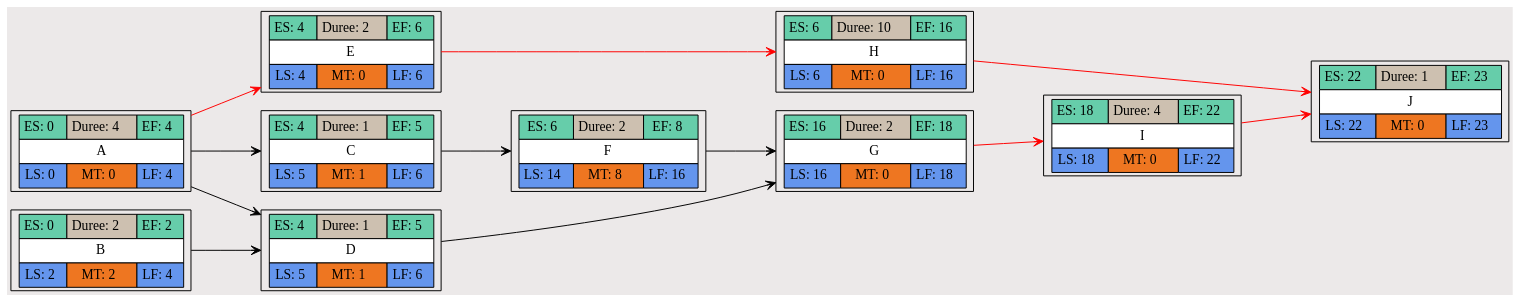
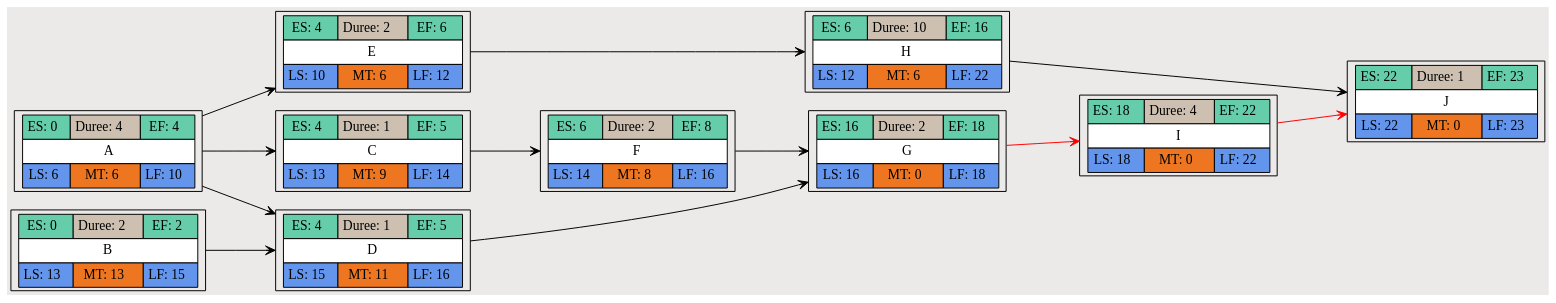
Before and after one commit to Akouzeha/PertFinder: the diagram in public/charts/exo_2.dot, drawn with Graphviz. The commit also changed 21 other files, not shown here.

```diff
--- a/public/charts/exo_2.dot
+++ b/public/charts/exo_2.dot
@@ -1,78 +1,78 @@
 digraph PERT {
   rankdir=LR;
   ranksep=1;
   node [shape=record];
   edge [arrowhead=vee];
   bgcolor="#ECE9E9";
   76 [label=<<TABLE BORDER='0' CELLBORDER='1' CELLSPACING='0' CELLPADDING='4'>
         <TR><TD BGCOLOR= 'aquamarine3'>ES: 0</TD><TD BGCOLOR= 'antiquewhite3'>Duree: 4</TD><TD BGCOLOR= 'aquamarine3'>EF: 4</TD></TR>
         <TR><TD BGCOLOR= 'white' COLSPAN='3'>A</TD></TR>
-        <TR><TD BGCOLOR= 'cornflowerblue'>LS: 0</TD><TD BGCOLOR= 'chocolate2'>MT: 0</TD><TD BGCOLOR= 'cornflowerblue'>LF: 4</TD></TR>
+        <TR><TD BGCOLOR= 'cornflowerblue'>LS: 6</TD><TD BGCOLOR= 'chocolate2'>MT: 6</TD><TD BGCOLOR= 'cornflowerblue'>LF: 10</TD></TR>
         
         </TABLE>>]
   77 [label=<<TABLE BORDER='0' CELLBORDER='1' CELLSPACING='0' CELLPADDING='4'>
         <TR><TD BGCOLOR= 'aquamarine3'>ES: 0</TD><TD BGCOLOR= 'antiquewhite3'>Duree: 2</TD><TD BGCOLOR= 'aquamarine3'>EF: 2</TD></TR>
         <TR><TD BGCOLOR= 'white' COLSPAN='3'>B</TD></TR>
-        <TR><TD BGCOLOR= 'cornflowerblue'>LS: 2</TD><TD BGCOLOR= 'chocolate2'>MT: 2</TD><TD BGCOLOR= 'cornflowerblue'>LF: 4</TD></TR>
+        <TR><TD BGCOLOR= 'cornflowerblue'>LS: 13</TD><TD BGCOLOR= 'chocolate2'>MT: 13</TD><TD BGCOLOR= 'cornflowerblue'>LF: 15</TD></TR>
         
         </TABLE>>]
   78 [label=<<TABLE BORDER='0' CELLBORDER='1' CELLSPACING='0' CELLPADDING='4'>
         <TR><TD BGCOLOR= 'aquamarine3'>ES: 4</TD><TD BGCOLOR= 'antiquewhite3'>Duree: 1</TD><TD BGCOLOR= 'aquamarine3'>EF: 5</TD></TR>
         <TR><TD BGCOLOR= 'white' COLSPAN='3'>C</TD></TR>
-        <TR><TD BGCOLOR= 'cornflowerblue'>LS: 5</TD><TD BGCOLOR= 'chocolate2'>MT: 1</TD><TD BGCOLOR= 'cornflowerblue'>LF: 6</TD></TR>
+        <TR><TD BGCOLOR= 'cornflowerblue'>LS: 13</TD><TD BGCOLOR= 'chocolate2'>MT: 9</TD><TD BGCOLOR= 'cornflowerblue'>LF: 14</TD></TR>
         
         </TABLE>>]
   79 [label=<<TABLE BORDER='0' CELLBORDER='1' CELLSPACING='0' CELLPADDING='4'>
         <TR><TD BGCOLOR= 'aquamarine3'>ES: 4</TD><TD BGCOLOR= 'antiquewhite3'>Duree: 1</TD><TD BGCOLOR= 'aquamarine3'>EF: 5</TD></TR>
         <TR><TD BGCOLOR= 'white' COLSPAN='3'>D</TD></TR>
-        <TR><TD BGCOLOR= 'cornflowerblue'>LS: 5</TD><TD BGCOLOR= 'chocolate2'>MT: 1</TD><TD BGCOLOR= 'cornflowerblue'>LF: 6</TD></TR>
+        <TR><TD BGCOLOR= 'cornflowerblue'>LS: 15</TD><TD BGCOLOR= 'chocolate2'>MT: 11</TD><TD BGCOLOR= 'cornflowerblue'>LF: 16</TD></TR>
         
         </TABLE>>]
   80 [label=<<TABLE BORDER='0' CELLBORDER='1' CELLSPACING='0' CELLPADDING='4'>
         <TR><TD BGCOLOR= 'aquamarine3'>ES: 4</TD><TD BGCOLOR= 'antiquewhite3'>Duree: 2</TD><TD BGCOLOR= 'aquamarine3'>EF: 6</TD></TR>
         <TR><TD BGCOLOR= 'white' COLSPAN='3'>E</TD></TR>
-        <TR><TD BGCOLOR= 'cornflowerblue'>LS: 4</TD><TD BGCOLOR= 'chocolate2'>MT: 0</TD><TD BGCOLOR= 'cornflowerblue'>LF: 6</TD></TR>
+        <TR><TD BGCOLOR= 'cornflowerblue'>LS: 10</TD><TD BGCOLOR= 'chocolate2'>MT: 6</TD><TD BGCOLOR= 'cornflowerblue'>LF: 12</TD></TR>
         
         </TABLE>>]
   81 [label=<<TABLE BORDER='0' CELLBORDER='1' CELLSPACING='0' CELLPADDING='4'>
         <TR><TD BGCOLOR= 'aquamarine3'>ES: 6</TD><TD BGCOLOR= 'antiquewhite3'>Duree: 2</TD><TD BGCOLOR= 'aquamarine3'>EF: 8</TD></TR>
         <TR><TD BGCOLOR= 'white' COLSPAN='3'>F</TD></TR>
         <TR><TD BGCOLOR= 'cornflowerblue'>LS: 14</TD><TD BGCOLOR= 'chocolate2'>MT: 8</TD><TD BGCOLOR= 'cornflowerblue'>LF: 16</TD></TR>
         
         </TABLE>>]
   82 [label=<<TABLE BORDER='0' CELLBORDER='1' CELLSPACING='0' CELLPADDING='4'>
         <TR><TD BGCOLOR= 'aquamarine3'>ES: 16</TD><TD BGCOLOR= 'antiquewhite3'>Duree: 2</TD><TD BGCOLOR= 'aquamarine3'>EF: 18</TD></TR>
         <TR><TD BGCOLOR= 'white' COLSPAN='3'>G</TD></TR>
         <TR><TD BGCOLOR= 'cornflowerblue'>LS: 16</TD><TD BGCOLOR= 'chocolate2'>MT: 0</TD><TD BGCOLOR= 'cornflowerblue'>LF: 18</TD></TR>
         
         </TABLE>>]
   83 [label=<<TABLE BORDER='0' CELLBORDER='1' CELLSPACING='0' CELLPADDING='4'>
         <TR><TD BGCOLOR= 'aquamarine3'>ES: 6</TD><TD BGCOLOR= 'antiquewhite3'>Duree: 10</TD><TD BGCOLOR= 'aquamarine3'>EF: 16</TD></TR>
         <TR><TD BGCOLOR= 'white' COLSPAN='3'>H</TD></TR>
-        <TR><TD BGCOLOR= 'cornflowerblue'>LS: 6</TD><TD BGCOLOR= 'chocolate2'>MT: 0</TD><TD BGCOLOR= 'cornflowerblue'>LF: 16</TD></TR>
+        <TR><TD BGCOLOR= 'cornflowerblue'>LS: 12</TD><TD BGCOLOR= 'chocolate2'>MT: 6</TD><TD BGCOLOR= 'cornflowerblue'>LF: 22</TD></TR>
         
         </TABLE>>]
   84 [label=<<TABLE BORDER='0' CELLBORDER='1' CELLSPACING='0' CELLPADDING='4'>
         <TR><TD BGCOLOR= 'aquamarine3'>ES: 18</TD><TD BGCOLOR= 'antiquewhite3'>Duree: 4</TD><TD BGCOLOR= 'aquamarine3'>EF: 22</TD></TR>
         <TR><TD BGCOLOR= 'white' COLSPAN='3'>I</TD></TR>
         <TR><TD BGCOLOR= 'cornflowerblue'>LS: 18</TD><TD BGCOLOR= 'chocolate2'>MT: 0</TD><TD BGCOLOR= 'cornflowerblue'>LF: 22</TD></TR>
         
         </TABLE>>]
   85 [label=<<TABLE BORDER='0' CELLBORDER='1' CELLSPACING='0' CELLPADDING='4'>
         <TR><TD BGCOLOR= 'aquamarine3'>ES: 22</TD><TD BGCOLOR= 'antiquewhite3'>Duree: 1</TD><TD BGCOLOR= 'aquamarine3'>EF: 23</TD></TR>
         <TR><TD BGCOLOR= 'white' COLSPAN='3'>J</TD></TR>
         <TR><TD BGCOLOR= 'cornflowerblue'>LS: 22</TD><TD BGCOLOR= 'chocolate2'>MT: 0</TD><TD BGCOLOR= 'cornflowerblue'>LF: 23</TD></TR>
         
         </TABLE>>]
   76 -> 78
   76 -> 79
   77 -> 79
-  76 -> 80 [color=red]
+  76 -> 80
   78 -> 81
   79 -> 82
   81 -> 82
-  80 -> 83 [color=red]
+  80 -> 83
   82 -> 84 [color=red]
-  83 -> 85 [color=red]
+  83 -> 85
   84 -> 85 [color=red]
 }
```
